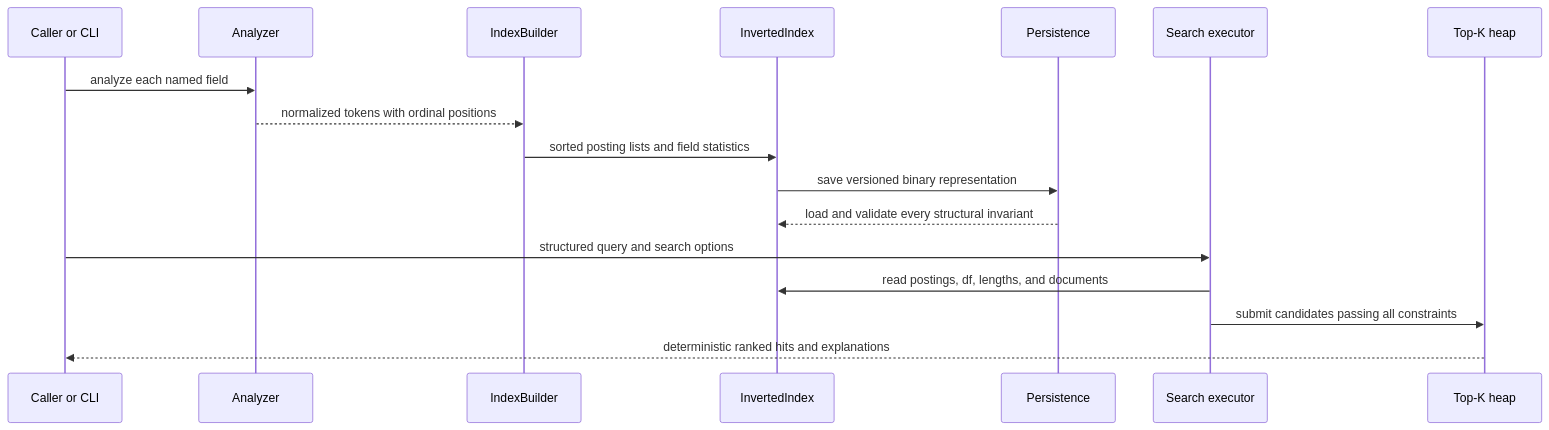
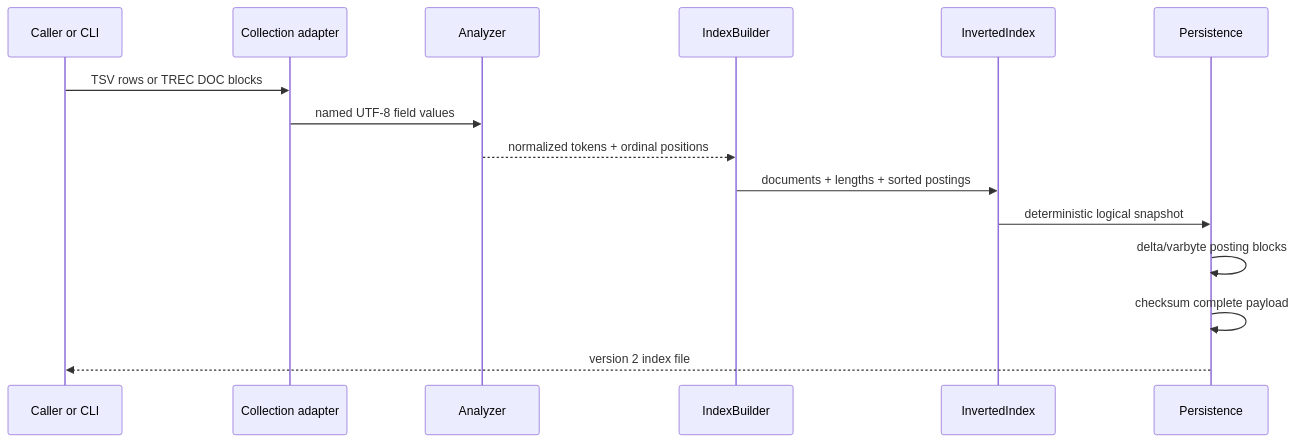
Before and after one commit to appleweiping/IndexSail: the first of 2 diagrams in docs/architecture.md, drawn with Mermaid. The commit also changed other lines of this file and 31 other files, not shown here.

Commit message:
Add TREC evaluation and compressed index format

````diff
--- a/docs/architecture.md
+++ b/docs/architecture.md
@@ -5,20 +21,18 @@
 ```mermaid
 sequenceDiagram
     participant U as Caller or CLI
-    participant A as Analyzer
+    participant A as Collection adapter
+    participant N as Analyzer
     participant B as IndexBuilder
     participant I as InvertedIndex
     participant P as Persistence
-    participant S as Search executor
-    participant T as Top-K heap
 
-    U->>A: analyze each named field
-    A-->>B: normalized tokens with ordinal positions
-    B->>I: sorted posting lists and field statistics
-    I->>P: save versioned binary representation
-    P-->>I: load and validate every structural invariant
-    U->>S: structured query and search options
-    S->>I: read postings, df, lengths, and documents
-    S->>T: submit candidates passing all constraints
-    T-->>U: deterministic ranked hits and explanations
+    U->>A: TSV rows or TREC DOC blocks
+    A->>N: named UTF-8 field values
+    N-->>B: normalized tokens + ordinal positions
+    B->>I: documents + lengths + sorted postings
+    I->>P: deterministic logical snapshot
+    P->>P: delta/varbyte posting blocks
+    P->>P: checksum complete payload
+    P-->>U: version 2 index file
 ```
````
